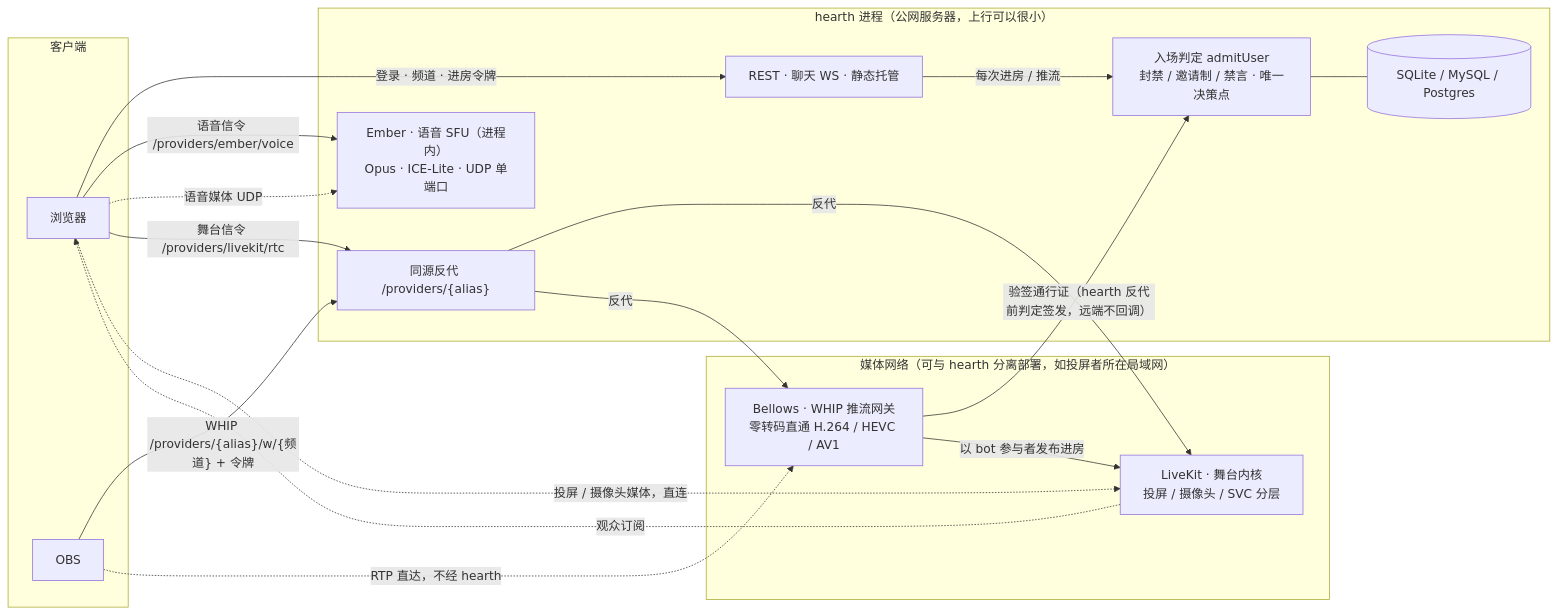
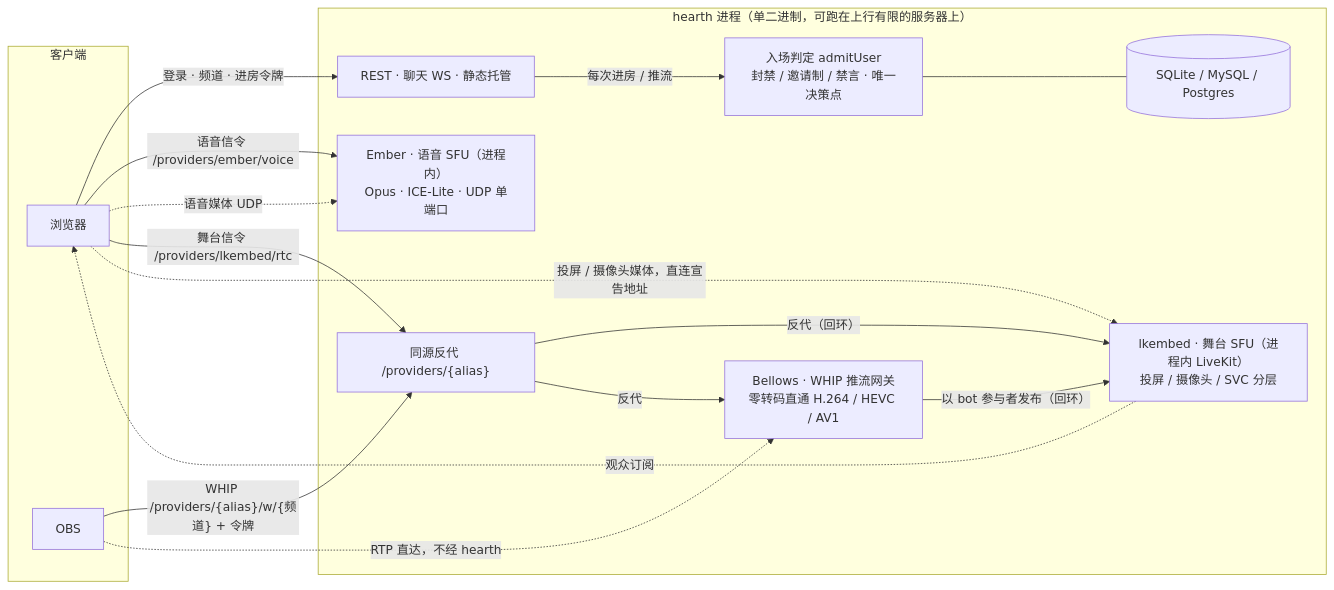
One commit to xiaoshao9704/hearth changed the diagram in README.md. Above: the diagram before and after it, drawn with Mermaid. The commit also changed other lines of this file and 4 other files, not shown here.

````diff
--- a/README.md
+++ b/README.md
@@ -25,38 +25,34 @@
 ```mermaid
 flowchart LR
   subgraph clients["客户端"]
     B["浏览器"]
     O["OBS"]
   end
 
-  subgraph hearth["hearth 进程（公网服务器，上行可以很小）"]
+  subgraph hearth["hearth 进程（单二进制，可跑在上行有限的服务器上）"]
     API["REST · 聊天 WS · 静态托管"]
     ADM["入场判定 admitUser<br/>封禁 / 邀请制 / 禁言 · 唯一决策点"]
     DB[("SQLite / MySQL / Postgres")]
     EMB["Ember · 语音 SFU（进程内）<br/>Opus · ICE-Lite · UDP 单端口"]
+    LKE["lkembed · 舞台 SFU（进程内 LiveKit）<br/>投屏 / 摄像头 / SVC 分层"]
+    BEL["Bellows · WHIP 推流网关<br/>零转码直通 H.264 / HEVC / AV1"]
     PRX["同源反代 /providers/{alias}"]
-  end
-
-  subgraph media["媒体网络（可与 hearth 分离部署，如投屏者所在局域网）"]
-    LK["LiveKit · 舞台内核<br/>投屏 / 摄像头 / SVC 分层"]
-    BEL["Bellows · WHIP 推流网关<br/>零转码直通 H.264 / HEVC / AV1"]
   end
 
   B -- "登录 · 频道 · 进房令牌" --> API
   API -- "每次进房 / 推流" --> ADM
   ADM --- DB
 
   B -- "语音信令 /providers/ember/voice" --> EMB
   B -. "语音媒体 UDP" .-> EMB
 
-  B -- "舞台信令 /providers/livekit/rtc" --> PRX
-  PRX -- "反代" --> LK
-  B -. "投屏 / 摄像头媒体，直连" .-> LK
-  LK -. "观众订阅" .-> B
+  B -- "舞台信令 /providers/lkembed/rtc" --> PRX
+  PRX -- "反代（回环）" --> LKE
+  B -. "投屏 / 摄像头媒体，直连宣告地址" .-> LKE
+  LKE -. "观众订阅" .-> B
 
   O -- "WHIP /providers/{alias}/w/{频道} + 令牌" --> PRX
   PRX -- "反代" --> BEL
   O -. "RTP 直达，不经 hearth" .-> BEL
-  BEL -- "验签通行证（hearth 反代前判定签发，远端不回调）" --> ADM
-  BEL -- "以 bot 参与者发布进房" --> LK
+  BEL -- "以 bot 参与者发布（回环）" --> LKE
 ```
````
